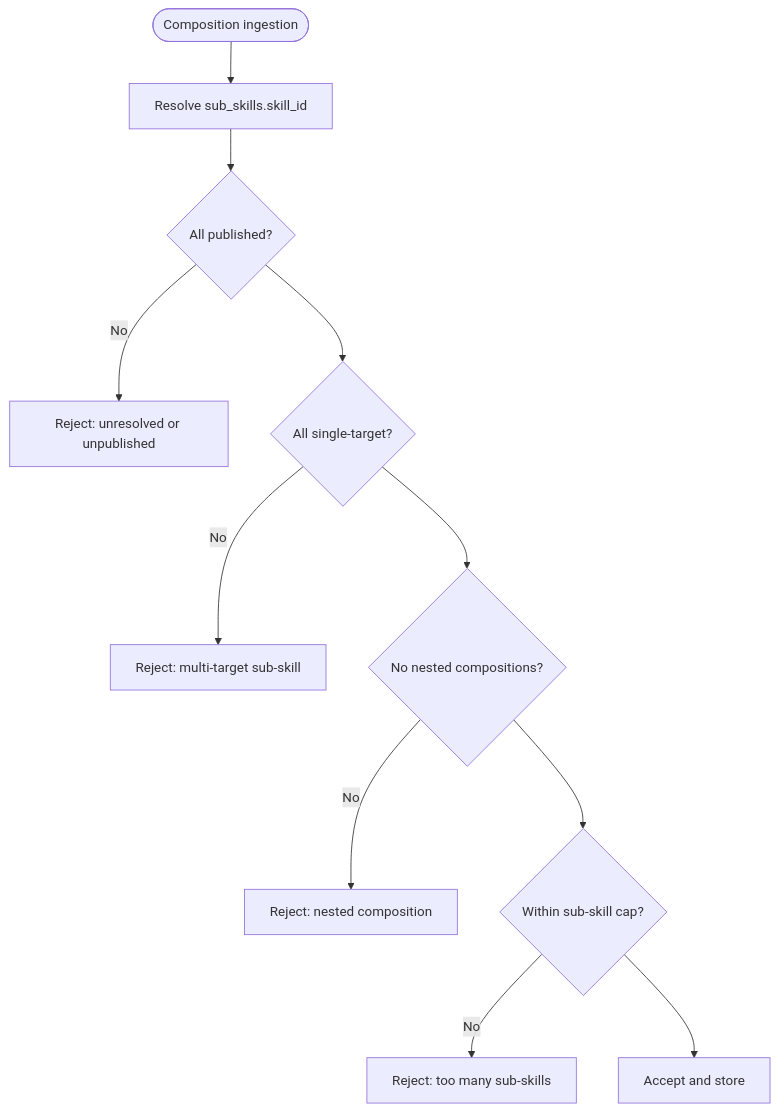
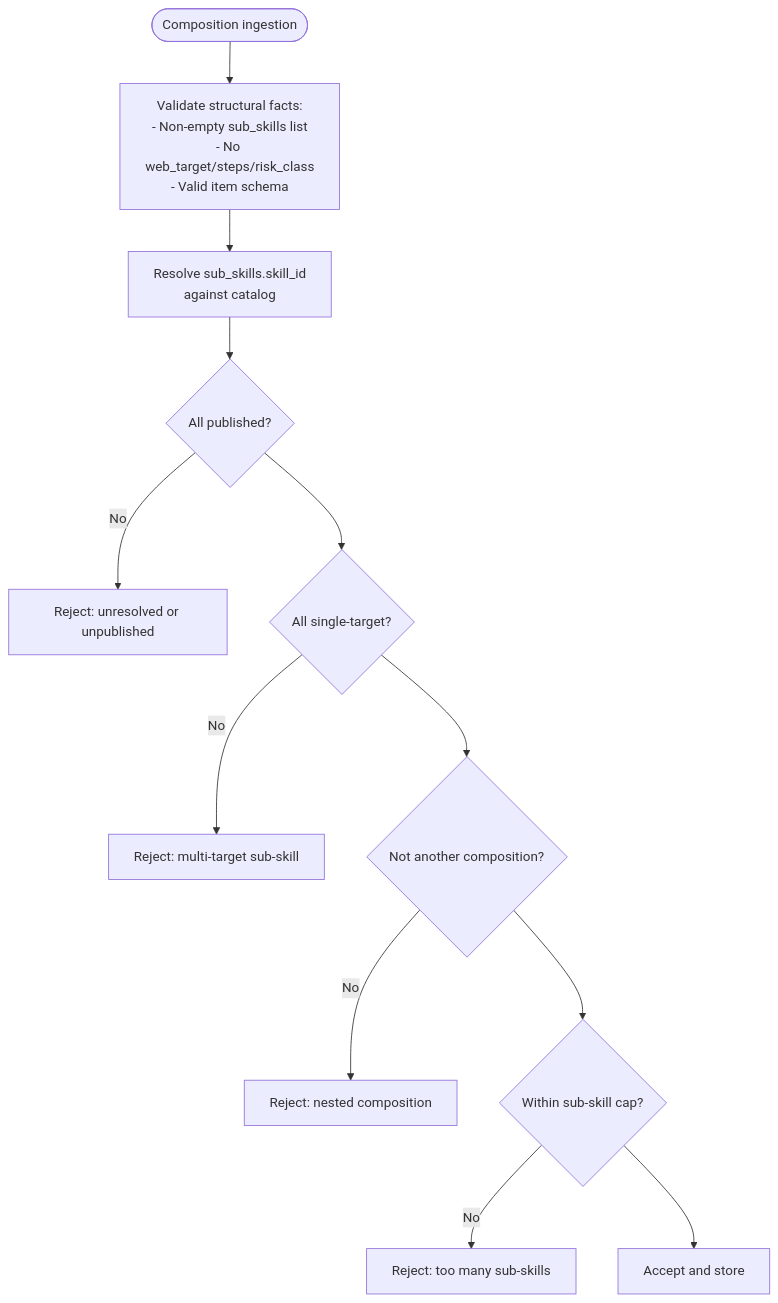
One commit to metasync/luban-aiops changed the fifth of 9 diagrams in .qoder/repowiki/en/content/Shared Contracts/Skill Format Specification.md. Above: the diagram before and after it, drawn with Mermaid. The commit also changed other lines of this file and 242 other files, not shown here.

Commit message:
docs: regenerate repowiki for v0.40.0 skill composition runbooks

````diff
--- a/.qoder/repowiki/en/content/Shared Contracts/Skill Format Specification.md
+++ b/.qoder/repowiki/en/content/Shared Contracts/Skill Format Specification.md
@@ -209,13 +226,14 @@
 ```mermaid
 flowchart TD
-CStart(["Composition ingestion"]) --> ValidateSubs["Resolve sub_skills.skill_id"]
-ValidateSubs --> Published{"All published?"}
+CStart(["Composition ingestion"]) --> ValidateStructural["Validate structural facts:<br/>- Non-empty sub_skills list<br/>- No web_target/steps/risk_class<br/>- Valid item schema"]
+ValidateStructural --> ResolveRefs["Resolve sub_skills.skill_id<br/>against catalog"]
+ResolveRefs --> Published{"All published?"}
 Published --> |No| CReject["Reject: unresolved or unpublished"]
 Published --> SingleTarget{"All single-target?"}
 SingleTarget --> |No| CRejectST["Reject: multi-target sub-skill"]
-SingleTarget --> Depth{"No nested compositions?"}
-Depth --> |No| CRejectDepth["Reject: nested composition"]
-Depth --> Bound{"Within sub-skill cap?"}
+SingleTarget --> NotComposition{"Not another composition?"}
+NotComposition --> |No| CRejectNest["Reject: nested composition"]
+NotComposition --> Bound{"Within sub-skill cap?"}
 Bound --> |No| CRejectCap["Reject: too many sub-skills"]
 Bound --> CAccept["Accept and store"]
 ```
````
